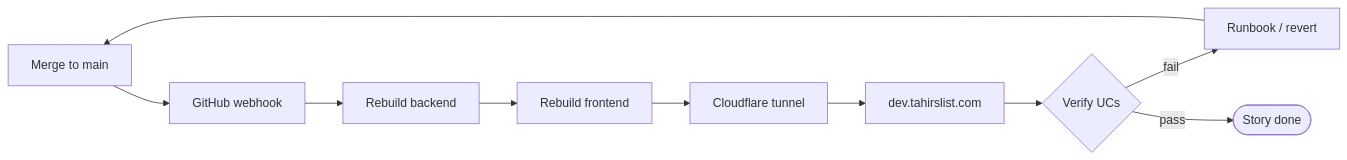
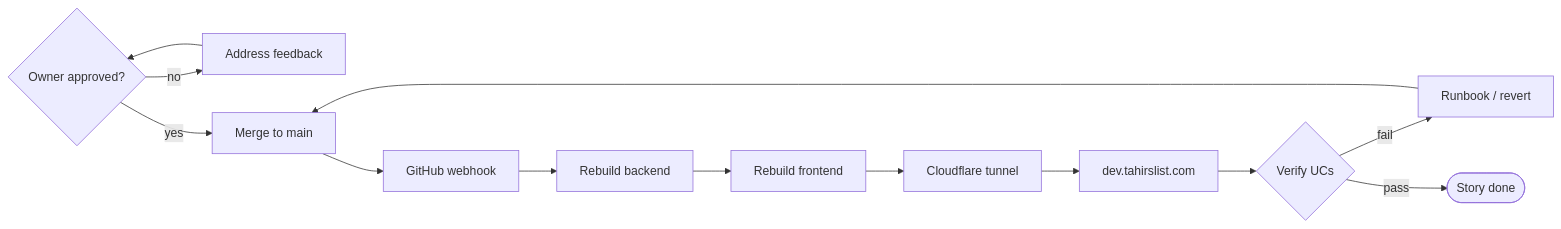
Before and after one commit to Losers-Lab/tahirs-list: diagram 12 of 12 in docs/process/feature-workflow.md, drawn with Mermaid. The commit also changed other lines of this file and 3 other files, not shown here.

````diff
--- a/docs/process/feature-workflow.md
+++ b/docs/process/feature-workflow.md
@@ -401,7 +406,8 @@
 ```mermaid
 flowchart LR
-  M[Merge to main] --> W[GitHub webhook] --> B[Rebuild backend] --> F[Rebuild frontend]
-  F --> T[Cloudflare tunnel] --> D[dev.tahirslist.com] --> V{Verify UCs}
+  O{Owner approved?} -- no --> F[Address feedback] --> O
+  O -- yes --> M[Merge to main] --> W[GitHub webhook] --> B[Rebuild backend] --> F2[Rebuild frontend]
+  F2 --> T[Cloudflare tunnel] --> D[dev.tahirslist.com] --> V{Verify UCs}
   V -- fail --> X[Runbook / revert] --> M
   V -- pass --> DONE([Story done])
 ```
````
